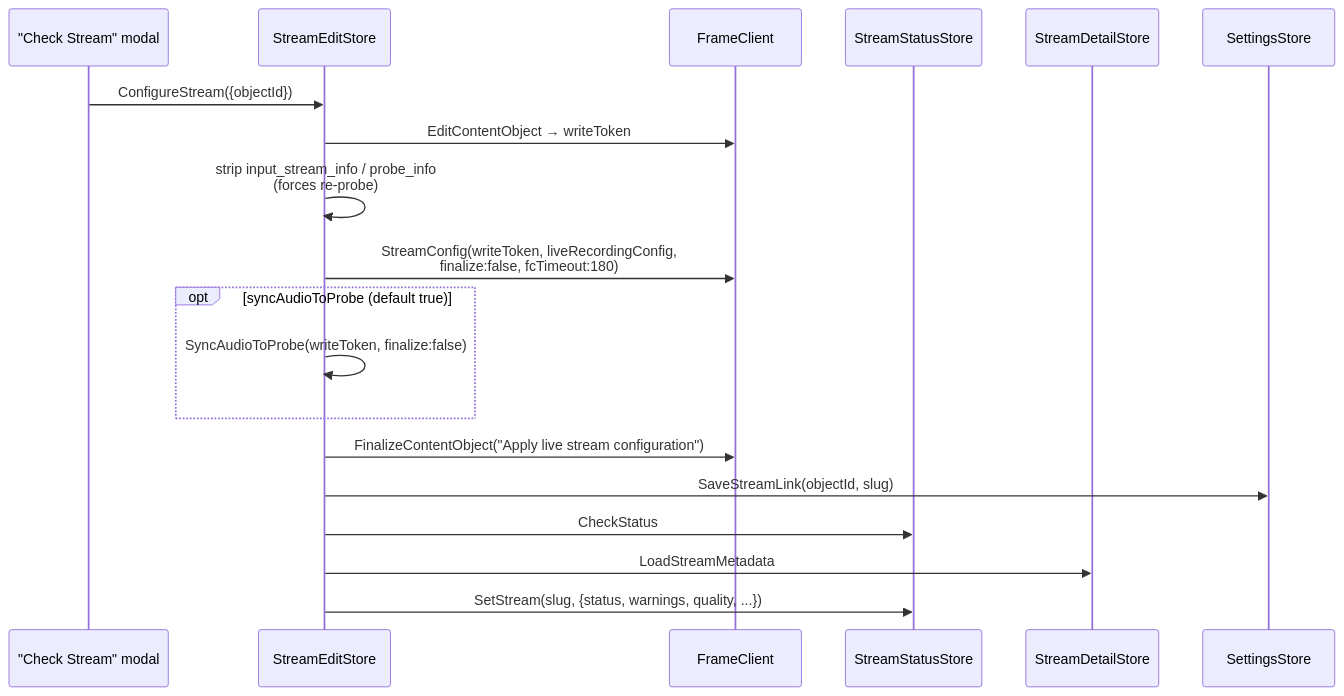
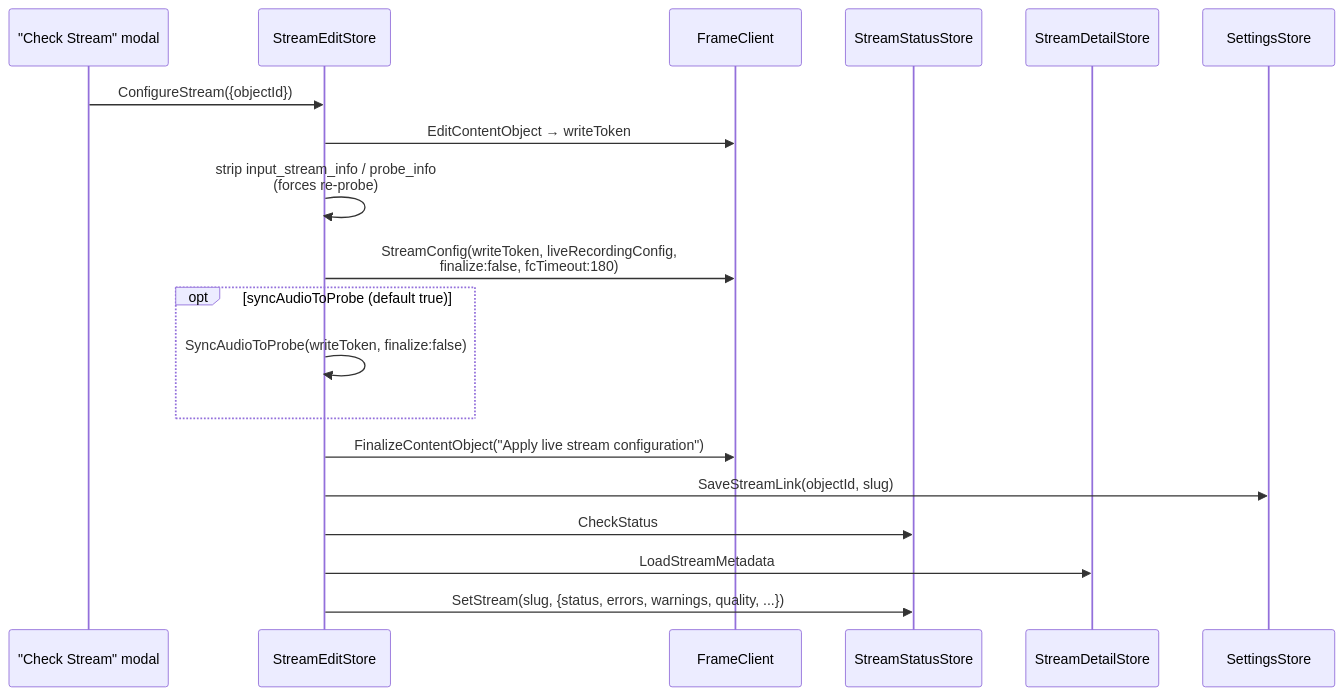
One commit to eluv-io/elv-live-stream changed the second of 4 diagrams in docs/diagrams/stream-lifecycle.md. Above: the diagram before and after it, drawn with Mermaid. The commit also changed other lines of this file and 18 other files, not shown here.

````diff
--- a/docs/diagrams/stream-lifecycle.md
+++ b/docs/diagrams/stream-lifecycle.md
@@ -31,22 +31,22 @@
 ```mermaid
 sequenceDiagram
     participant UI as "Check Stream" modal
     participant StreamEditStore
     participant FrameClient
     participant StreamStatusStore
     participant StreamDetailStore
     participant SettingsStore
 
     UI->>StreamEditStore: ConfigureStream({objectId})
     StreamEditStore->>FrameClient: EditContentObject → writeToken
     StreamEditStore->>StreamEditStore: strip input_stream_info / probe_info<br/>(forces re-probe)
     StreamEditStore->>FrameClient: StreamConfig(writeToken, liveRecordingConfig,<br/>finalize:false, fcTimeout:180)
     opt syncAudioToProbe (default true)
         StreamEditStore->>StreamEditStore: SyncAudioToProbe(writeToken, finalize:false)
     end
     StreamEditStore->>FrameClient: FinalizeContentObject("Apply live stream configuration")
     StreamEditStore->>SettingsStore: SaveStreamLink(objectId, slug)
     StreamEditStore->>StreamStatusStore: CheckStatus
     StreamEditStore->>StreamDetailStore: LoadStreamMetadata
-    StreamEditStore->>StreamStatusStore: SetStream(slug, {status, warnings, quality, ...})
+    StreamEditStore->>StreamStatusStore: SetStream(slug, {status, errors, warnings, quality, ...})
 ```
````
